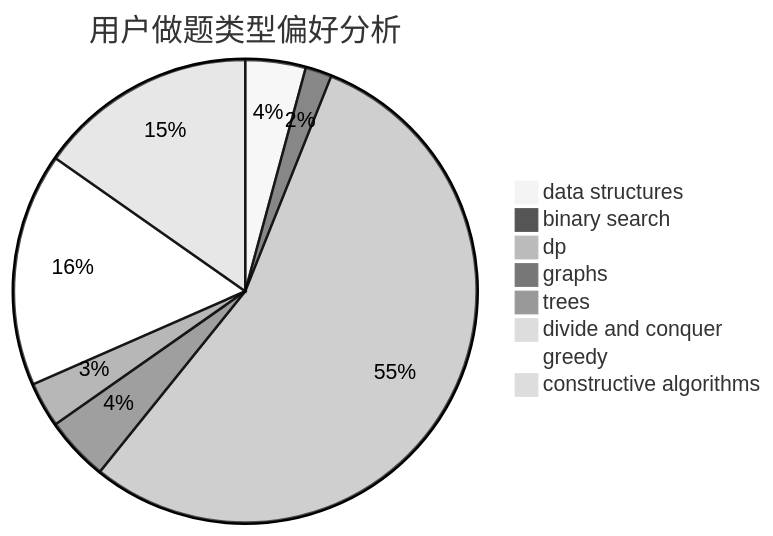
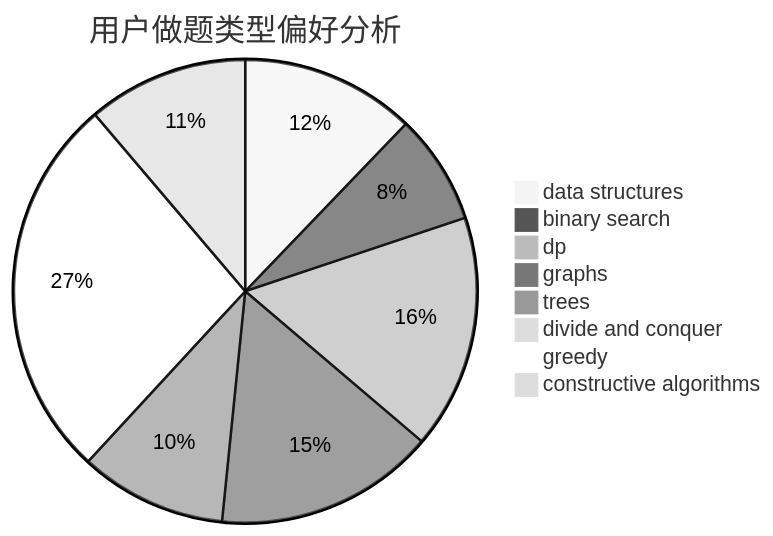
Before and after one commit to sherpahu/cfrs.github.io: the second of 3 diagrams in docs/user/u125.md, drawn with Mermaid (neutral theme). The commit also changed other lines of this file and 2770 other files, not shown here.

````diff
--- a/docs/user/u125.md
+++ b/docs/user/u125.md
@@ -23,11 +23,11 @@
 ```mermaid
 pie title 用户做题类型偏好分析
-    "data structures" :  16
-    "binary search" :  7
-    "dp" :  208
-    "graphs" :  17
-    "trees" :  12
-    "divide and conquer" :  0
-    "greedy" :  62
-    "constructive algorithms" :  58
+    "data structures" :  38
+    "binary search" :  24
+    "dp" :  51
+    "graphs" :  48
+    "trees" :  32
+    "divide and conquer" :  1
+    "greedy" :  84
+    "constructive algorithms" :  35
 ```
````
